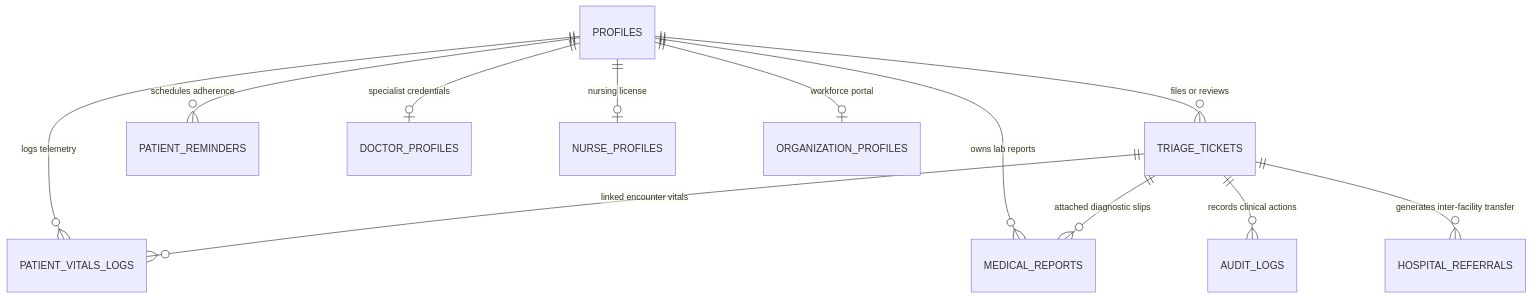
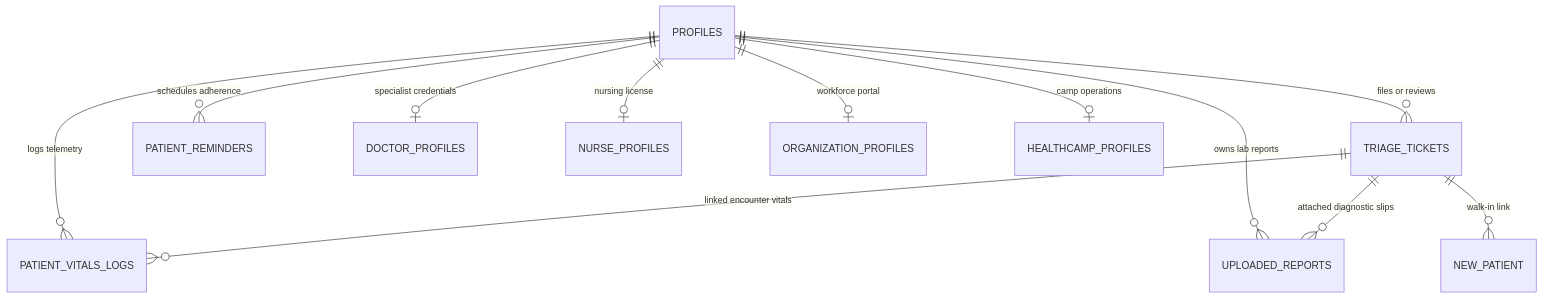
One commit to bikashkumar2004/Traaya changed the diagram in README.md. Above: the diagram before and after it, drawn with Mermaid. The commit also changed other lines of this file, not shown here.

````diff
--- a/README.md
+++ b/README.md
@@ -285,15 +365,15 @@
 ```mermaid
 erDiagram
     PROFILES ||--o{ TRIAGE_TICKETS : "files or reviews"
     PROFILES ||--o{ PATIENT_VITALS_LOGS : "logs telemetry"
     PROFILES ||--o{ PATIENT_REMINDERS : "schedules adherence"
-    PROFILES ||--o{ MEDICAL_REPORTS : "owns lab reports"
+    PROFILES ||--o{ UPLOADED_REPORTS : "owns lab reports"
     PROFILES ||--o| DOCTOR_PROFILES : "specialist credentials"
     PROFILES ||--o| NURSE_PROFILES : "nursing license"
     PROFILES ||--o| ORGANIZATION_PROFILES : "workforce portal"
+    PROFILES ||--o| HEALTHCAMP_PROFILES : "camp operations"
 
     TRIAGE_TICKETS ||--o{ PATIENT_VITALS_LOGS : "linked encounter vitals"
-    TRIAGE_TICKETS ||--o{ MEDICAL_REPORTS : "attached diagnostic slips"
-    TRIAGE_TICKETS ||--o{ AUDIT_LOGS : "records clinical actions"
-    TRIAGE_TICKETS ||--o{ HOSPITAL_REFERRALS : "generates inter-facility transfer"
+    TRIAGE_TICKETS ||--o{ UPLOADED_REPORTS : "attached diagnostic slips"
+    TRIAGE_TICKETS ||--o{ NEW_PATIENT : "walk-in link"
 ```
````
